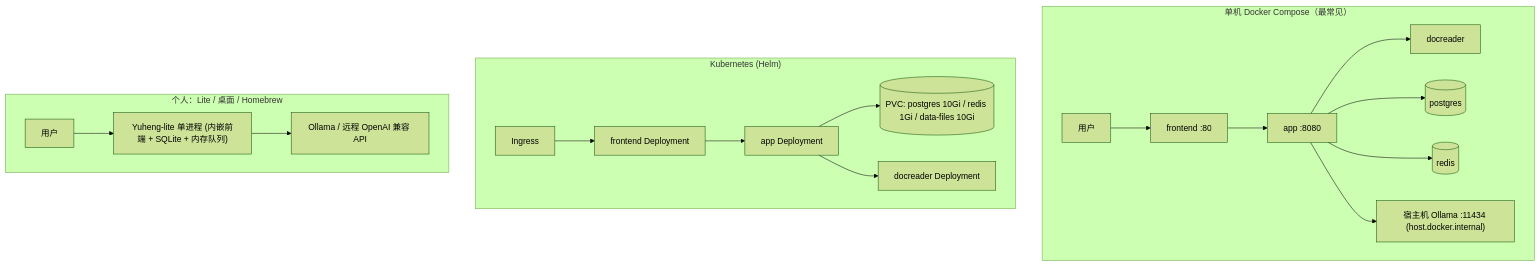
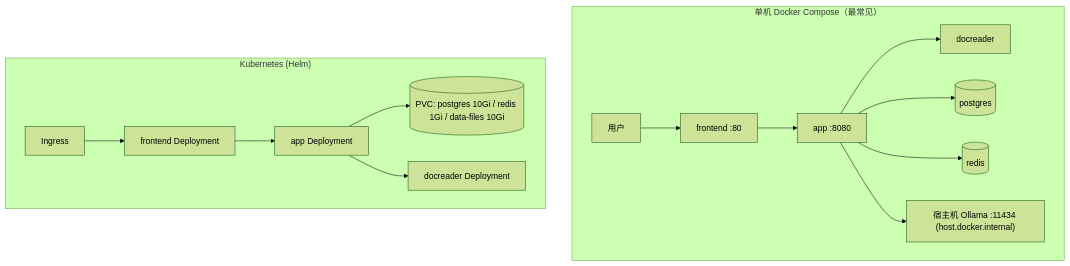
The second of 2 diagrams in website-docs/01-getting-started/02-installation.md (magicyuan876/Yuheng), drawn with Mermaid (forest theme) before and after one commit. The commit also changed other lines of this file and 162 other files, not shown here.

````diff
--- a/website-docs/01-getting-started/02-installation.md
+++ b/website-docs/01-getting-started/02-installation.md
@@ -278,22 +218,17 @@
 ```mermaid
 flowchart TB
     subgraph host["单机 Docker Compose（最常见）"]
         direction LR
         U1["用户"] --> N1["frontend :80"] --> A1["app :8080"]
         A1 --> D1["docreader"]
         A1 --> P1[("postgres")]
         A1 --> R1[("redis")]
         A1 --> O1["宿主机 Ollama :11434 (host.docker.internal)"]
     end
     subgraph k8s["Kubernetes (Helm)"]
         direction LR
         ING["Ingress"] --> FE2["frontend Deployment"] --> A2["app Deployment"]
         A2 --> PVC1[("PVC: postgres 10Gi / redis 1Gi / data-files 10Gi")]
         A2 --> D2["docreader Deployment"]
     end
-    subgraph laptop["个人：Lite / 桌面 / Homebrew"]
-        direction LR
-        U3["用户"] --> L1["Yuheng-lite 单进程 (内嵌前端 + SQLite + 内存队列)"]
-        L1 --> O3["Ollama / 远程 OpenAI 兼容 API"]
-    end
 ```
````
